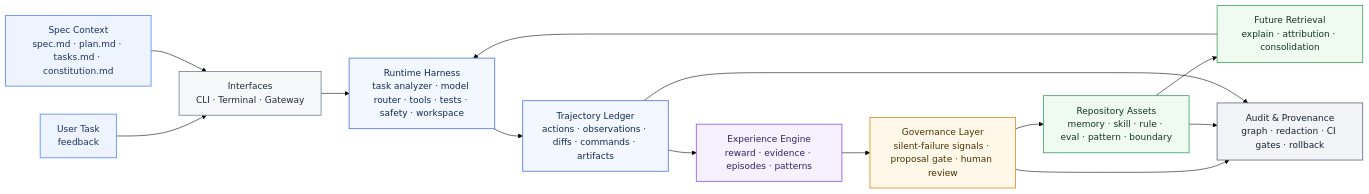
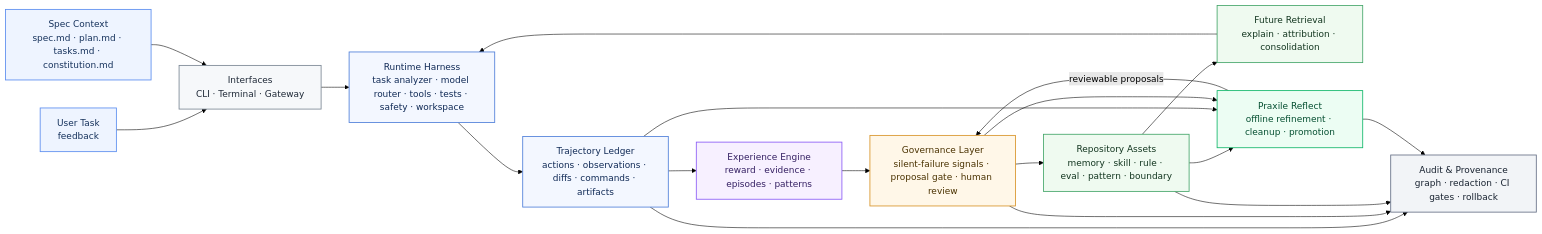
One commit to Praxile-Alpha/Praxile changed the first of 3 diagrams in README.md. Above: the diagram before and after it, drawn with Mermaid (forest theme). The commit also changed other lines of this file and 17 other files, not shown here.

````diff
--- a/README.md
+++ b/README.md
@@ -71,28 +72,35 @@
 ```mermaid
 flowchart LR
     classDef input fill:#EEF4FF,stroke:#5B8DEF,color:#16325C,stroke-width:1.5px;
     classDef interface fill:#F6F8FA,stroke:#7B8794,color:#1F2937,stroke-width:1.5px;
     classDef runtime fill:#F3F7FF,stroke:#4F7FD9,color:#102A56,stroke-width:1.5px;
     classDef engine fill:#F7F0FF,stroke:#8B5CF6,color:#352063,stroke-width:1.5px;
     classDef gov fill:#FFF7E8,stroke:#D8942A,color:#4A3200,stroke-width:1.5px;
     classDef asset fill:#EFFAF0,stroke:#45A66A,color:#12351F,stroke-width:1.5px;
     classDef audit fill:#F2F4F7,stroke:#667085,color:#182230,stroke-width:1.5px;
+    classDef reflect fill:#ECFDF3,stroke:#12B76A,color:#054F31,stroke-width:1.5px;
 
     U["User Task<br/>feedback"]:::input
     S["Spec Context<br/>spec.md · plan.md · tasks.md · constitution.md"]:::input
 
     U --> I["Interfaces<br/>CLI · Terminal · Gateway"]:::interface
     S --> I
 
     I --> R["Runtime Harness<br/>task analyzer · model router · tools · tests · safety · workspace"]:::runtime
     R --> T["Trajectory Ledger<br/>actions · observations · diffs · commands · artifacts"]:::runtime
     T --> E["Experience Engine<br/>reward · evidence · episodes · patterns"]:::engine
     E --> G["Governance Layer<br/>silent-failure signals · proposal gate · human review"]:::gov
     G --> A["Repository Assets<br/>memory · skill · rule · eval · pattern · boundary"]:::asset
     A --> Q["Future Retrieval<br/>explain · attribution · consolidation"]:::asset
     Q --> R
 
-    G --> O["Audit & Provenance<br/>graph · redaction · CI gates · rollback"]:::audit
+    A --> F["Praxile Reflect<br/>offline refinement · cleanup · promotion"]:::reflect
+    T --> F
+    G --> F
+    F -->|reviewable proposals| G
+
+    T --> O["Audit & Provenance<br/>graph · redaction · CI gates · rollback"]:::audit
+    G --> O
     A --> O
-    T --> O
+    F --> O
 ```
````
